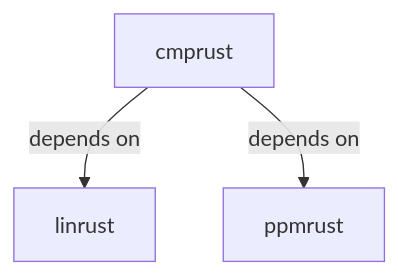
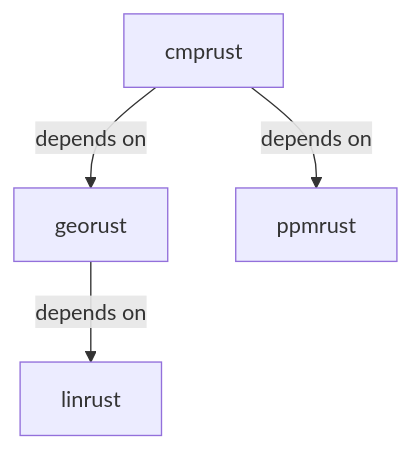
The diagram in README.md (antoinemeyer5/computer_graphics), drawn with Mermaid before and after one commit. The commit also changed other lines of this file and 2 other files, not shown here.

Commit message:
feat: Use georust to draw Point, Line and Triangle

````diff
--- a/README.md
+++ b/README.md
@@ -24,5 +27,7 @@
 ```mermaid
 graph TD;
-    cmprust-- depends on -->linrust;
+    cmprust-- depends on -->georust;
     cmprust-- depends on -->ppmrust;
+
+    georust-- depends on -->linrust;
 ```
````
